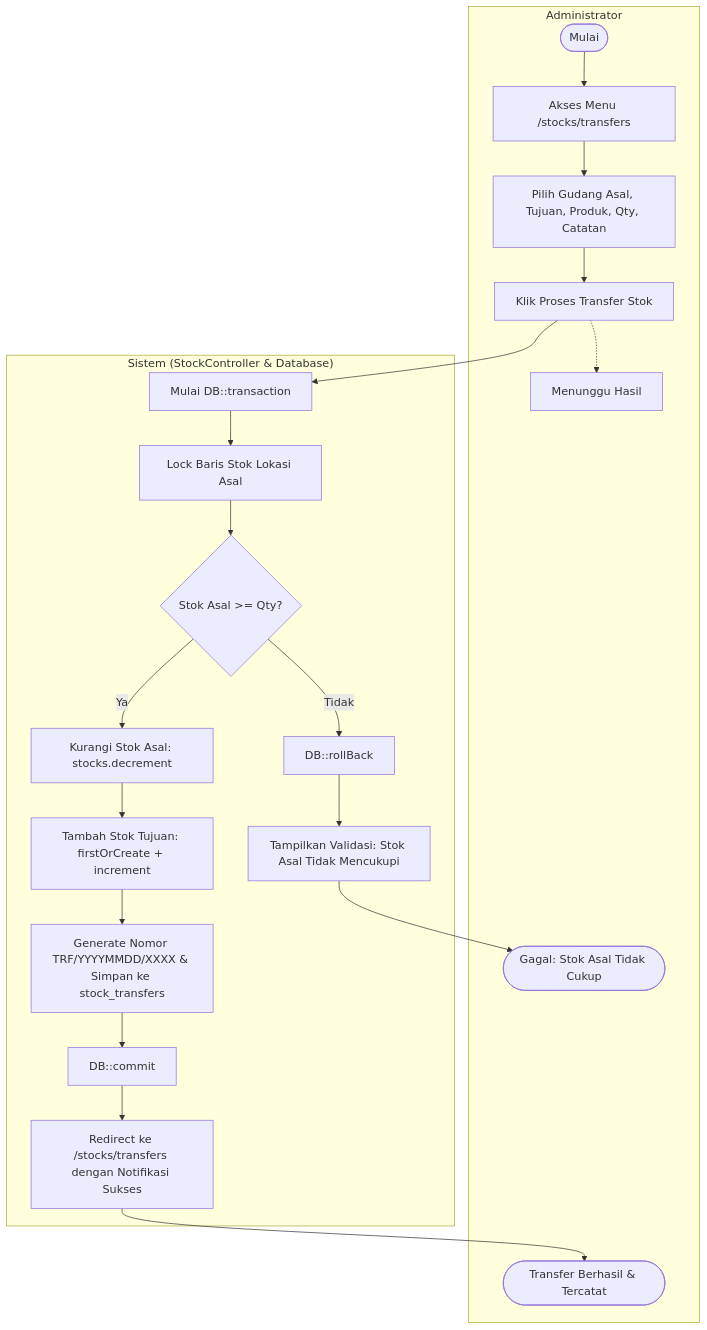
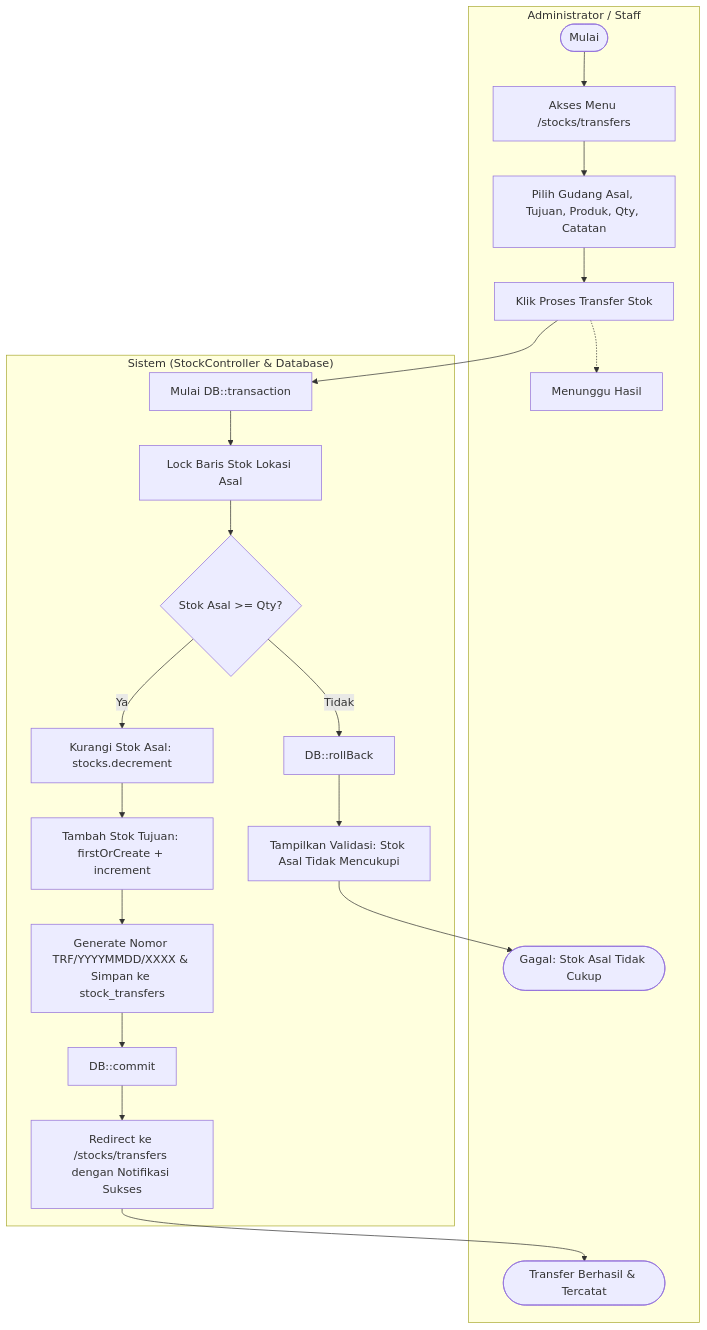
One commit to FatsyahRGT/scentpeep changed the sixth of 11 diagrams in docs/ACTIVITY_DIAGRAM.md. Above: the diagram before and after it, drawn with Mermaid. The commit also changed other lines of this file and 13 other files, not shown here.

Commit message:
docs: synchronize all documentation and architecture diagrams to v3.2 release

````diff
--- a/docs/ACTIVITY_DIAGRAM.md
+++ b/docs/ACTIVITY_DIAGRAM.md
@@ -180,28 +199,28 @@
 ```mermaid
 flowchart TD
-    subgraph Lane_Admin ["Administrator"]
+    subgraph Lane_Admin ["Administrator / Staff"]
         A_Start([Mulai]) --> A_OpenTrf[Akses Menu /stocks/transfers]
         A_OpenTrf --> A_Pick[Pilih Gudang Asal, Tujuan, Produk, Qty, Catatan]
         A_Pick --> A_Send[Klik Proses Transfer Stok]
         A_Send -.-> A_Wait[Menunggu Hasil]
         A_Done([Transfer Berhasil & Tercatat])
         A_Fail([Gagal: Stok Asal Tidak Cukup])
     end
 
     subgraph Lane_Sistem ["Sistem (StockController & Database)"]
         A_Send --> S_Begin[Mulai DB::transaction]
         S_Begin --> S_LockOrigin[Lock Baris Stok Lokasi Asal]
         S_LockOrigin --> S_StockOk{Stok Asal >= Qty?}
 
         S_StockOk -->|Ya| S_SubOrigin[Kurangi Stok Asal: stocks.decrement]
         S_SubOrigin --> S_AddDest[Tambah Stok Tujuan: firstOrCreate + increment]
         S_AddDest --> S_Audit[Generate Nomor TRF/YYYYMMDD/XXXX & Simpan ke stock_transfers]
         S_Audit --> S_TxDone[DB::commit]
         S_TxDone --> S_TrfSucc[Redirect ke /stocks/transfers dengan Notifikasi Sukses]
         S_TrfSucc --> A_Done
 
         S_StockOk -->|Tidak| S_TxFail[DB::rollBack]
         S_TxFail --> S_TrfErr[Tampilkan Validasi: Stok Asal Tidak Mencukupi]
         S_TrfErr --> A_Fail
     end
 ```
````
